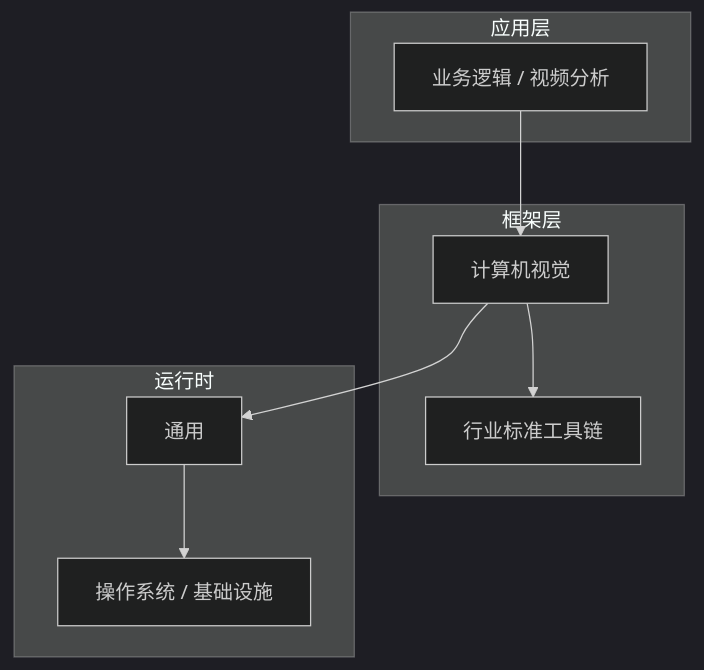
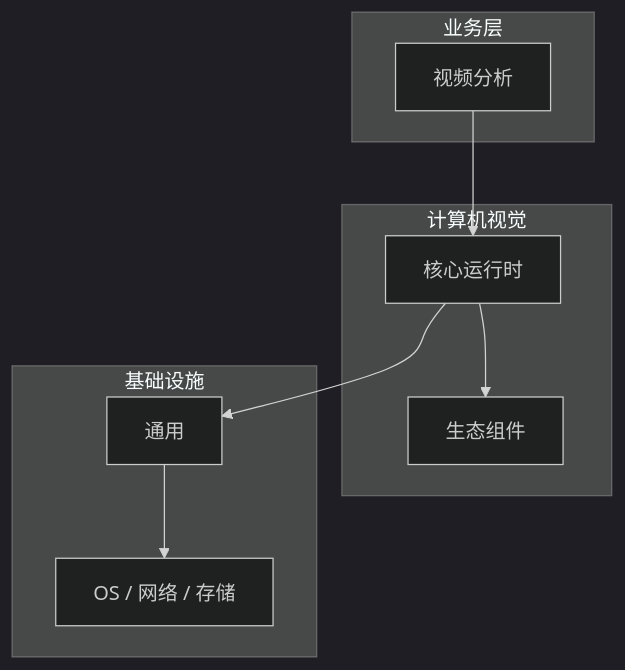
One commit to yanggan2015/knowledge-json-v2 changed the diagram in articles/计算机视觉/chapters/086-视频分析核心概念与原理.md. Above: the diagram before and after it, drawn with Mermaid (dark theme). The commit also changed other lines of this file and 10127 other files, not shown here.

````diff
--- a/articles/计算机视觉/chapters/086-视频分析核心概念与原理.md
+++ b/articles/计算机视觉/chapters/086-视频分析核心概念与原理.md
@@ -45,18 +30,18 @@
 ```mermaid
 graph TB
-    subgraph 应用层
-        A[业务逻辑 / 视频分析]
+    subgraph 业务层
+        A[视频分析]
     end
-    subgraph 框架层
-        B[计算机视觉]
-        C[行业标准工具链]
+    subgraph 计算机视觉
+        B[核心运行时]
+        C[生态组件]
     end
-    subgraph 运行时
+    subgraph 基础设施
         D[通用]
-        E[操作系统 / 基础设施]
+        E[OS / 网络 / 存储]
     end
     A --> B
     B --> C
     B --> D
     D --> E
 ```
````
